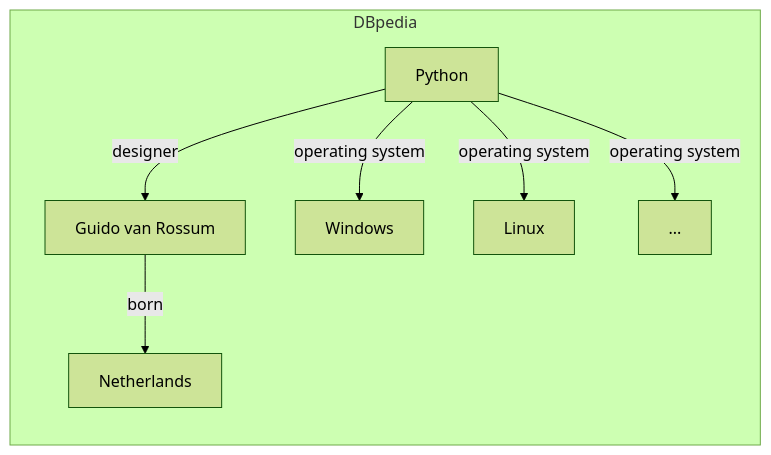
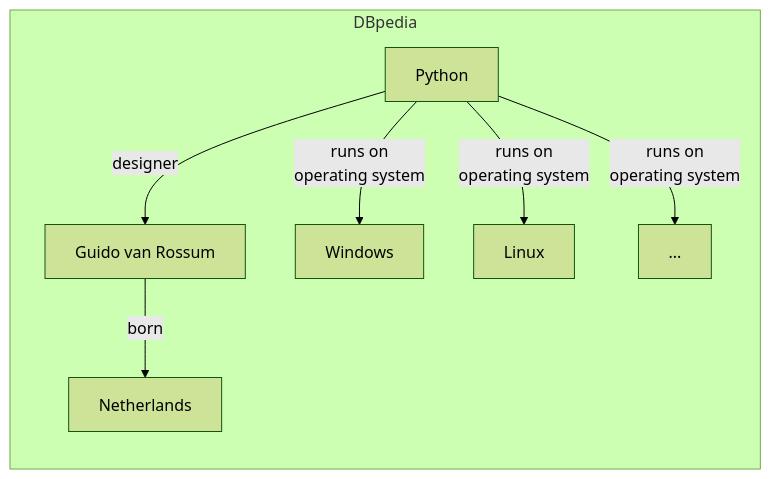
Before and after one commit to ioggstream/python-course: the third of 6 diagrams in sparql-101/01-knowledge.md, drawn with Mermaid (forest theme). The commit also changed other lines of this file and 9 other files, not shown here.

````diff
--- a/sparql-101/01-knowledge.md
+++ b/sparql-101/01-knowledge.md
@@ -99,10 +117,10 @@
 ```mermaid
 graph LR
 
 subgraph dbpedia[DBpedia]
   dbr:Python[Python] -->|designer| dbr:gvr[Guido van Rossum]
-  dbr:Python[Python] -->|operating system| dbr:win[Windows] & dbr:linux[Linux] & ...
+  dbr:Python[Python] -->|runs on<br>operating system| dbr:win[Windows] & dbr:linux[Linux] & ...
   dbr:gvr -->|born| dbr:nl[Netherlands]
 end
 
 ```
````
